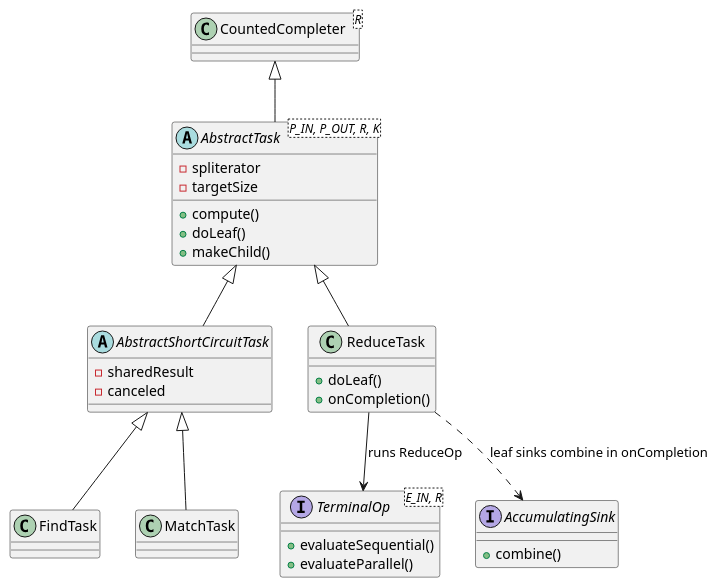
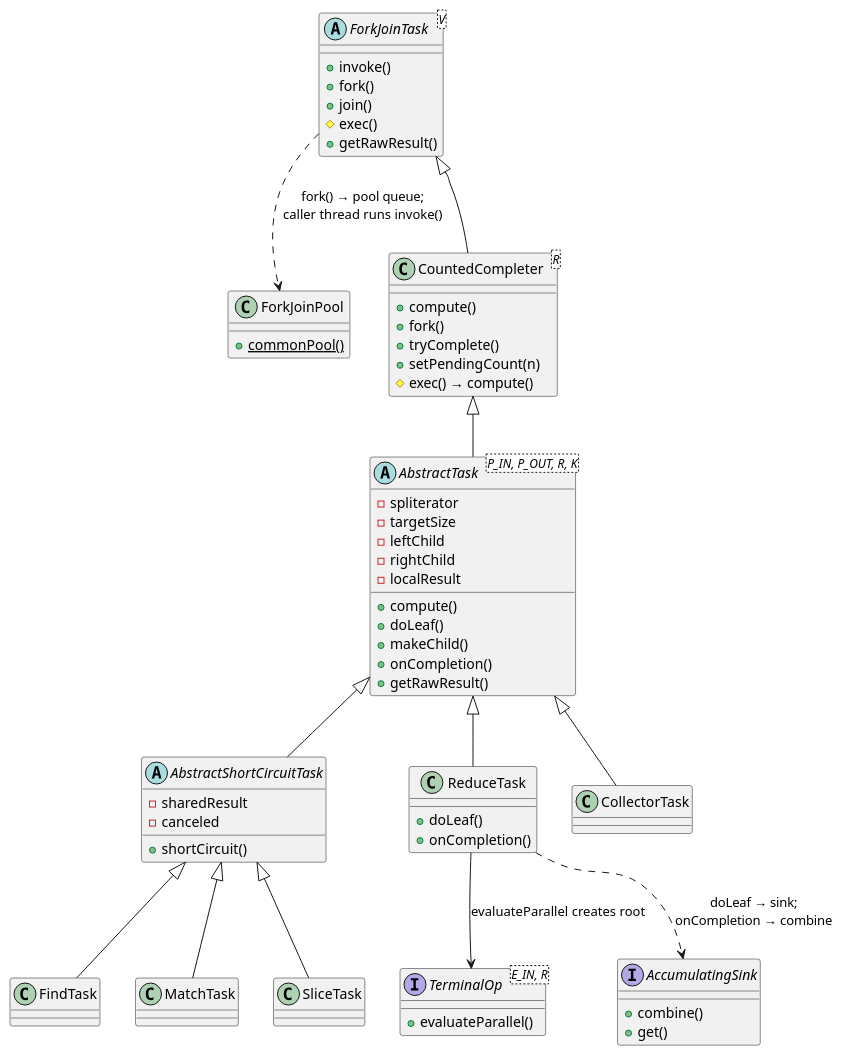
One commit to kevinwang930/kevinwang930.github.io changed the third of 5 diagrams in content/post/java/stream/index.md. Above: the diagram before and after it, drawn with PlantUML. The commit also changed other lines of this file and 1 other file, not shown here.

Commit message:
forkJoin

````diff
--- a/content/post/java/stream/index.md
+++ b/content/post/java/stream/index.md
@@ -150,44 +198,74 @@
 ```plantuml
 @startuml
-class "CountedCompleter<R>" as CountedCompleter
+class "ForkJoinPool" as FJP {
+    + {static} commonPool()
+}
+
+abstract class "ForkJoinTask<V>" as ForkJoinTask {
+    + invoke()
+    + fork()
+    + join()
+    # exec()
+    + getRawResult()
+}
+
+class "CountedCompleter<R>" as CountedCompleter {
+    + compute()
+    + fork()
+    + tryComplete()
+    + setPendingCount(n)
+    # exec() → compute()
+}
 
 abstract class "AbstractTask<P_IN, P_OUT, R, K>" as AbstractTask {
     - spliterator
     - targetSize
+    - leftChild
+    - rightChild
+    - localResult
     + compute()
     + doLeaf()
     + makeChild()
+    + onCompletion()
+    + getRawResult()
 }
 
 abstract class "AbstractShortCircuitTask" as ShortCircuitTask {
     - sharedResult
     - canceled
+    + shortCircuit()
 }
 
 class "ReduceTask" as ReduceTask {
     + doLeaf()
     + onCompletion()
 }
 
 class "FindTask" as FindTask
 class "MatchTask" as MatchTask
+class "CollectorTask" as CollectorTask
+class "SliceTask" as SliceTask
 
+ForkJoinTask <|-- CountedCompleter
 CountedCompleter <|-- AbstractTask
 AbstractTask <|-- ShortCircuitTask
 AbstractTask <|-- ReduceTask
+AbstractTask <|-- CollectorTask
 ShortCircuitTask <|-- FindTask
 ShortCircuitTask <|-- MatchTask
+ShortCircuitTask <|-- SliceTask
 
 interface "TerminalOp<E_IN, R>" as TerminalOp {
-    + evaluateSequential()
     + evaluateParallel()
 }
 
 interface "AccumulatingSink" as AccumulatingSink {
     + combine()
+    + get()
 }
 
-ReduceTask --> TerminalOp : runs ReduceOp
-ReduceTask ..> AccumulatingSink : leaf sinks combine in onCompletion
+ReduceTask --> TerminalOp : evaluateParallel creates root
+ReduceTask ..> AccumulatingSink : doLeaf → sink;\nonCompletion → combine
+ForkJoinTask ..> FJP : fork() → pool queue;\ncaller thread runs invoke()
 @enduml
 ```
````
